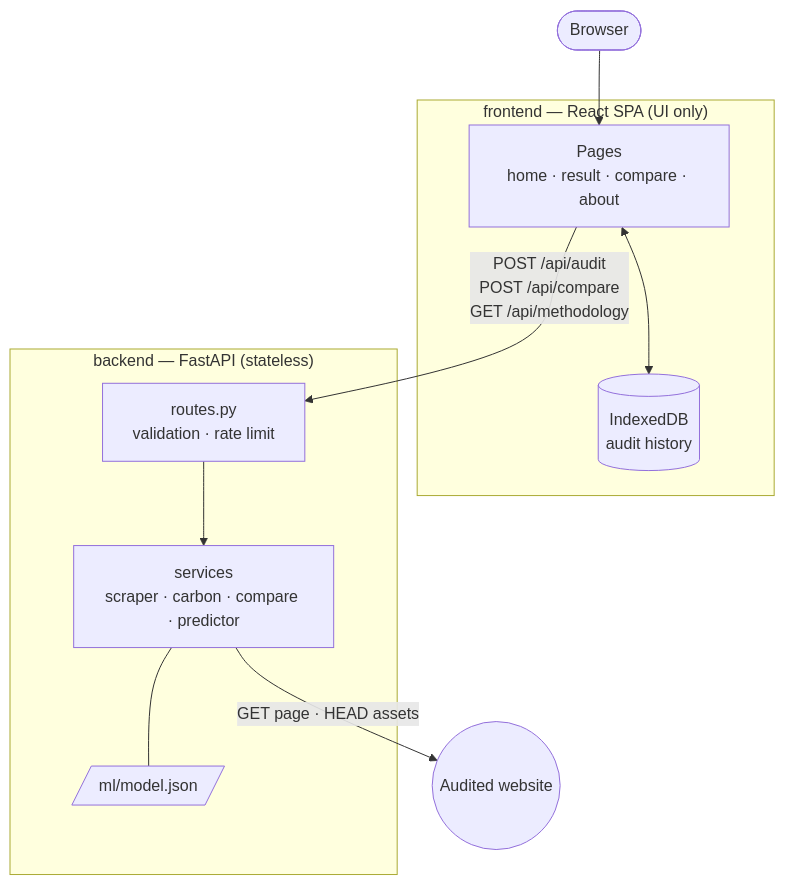
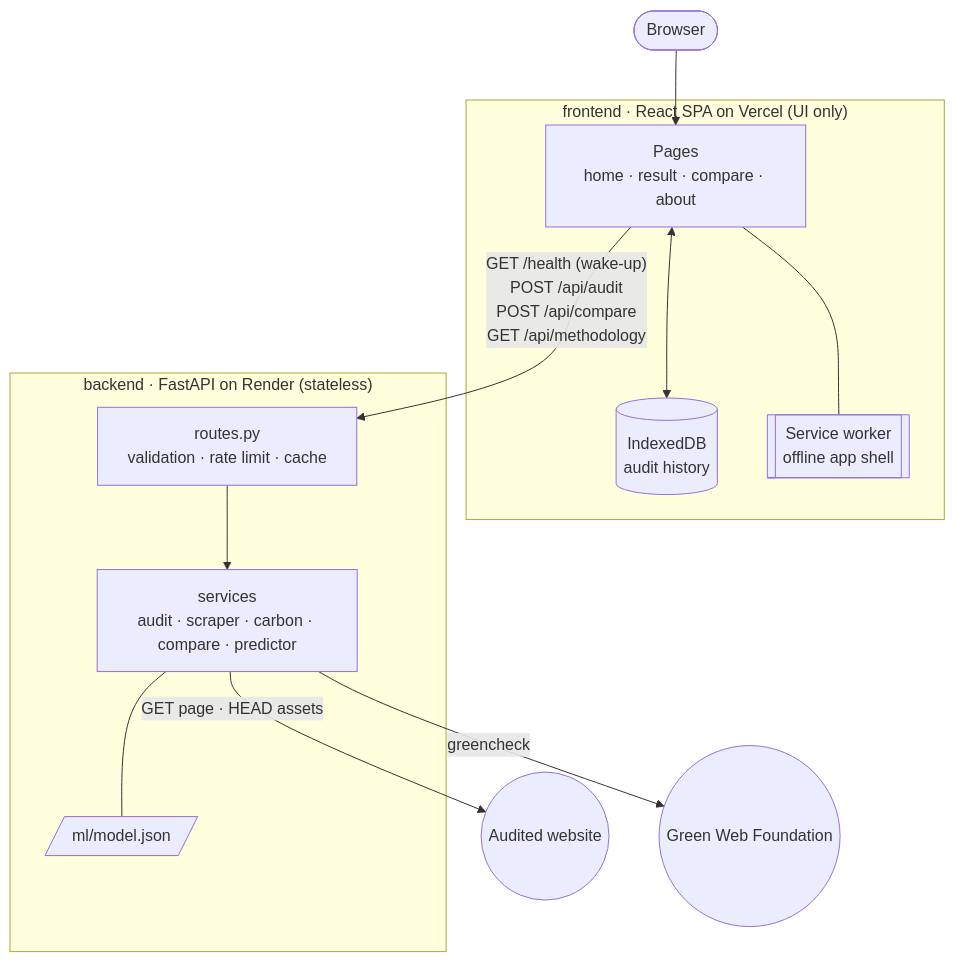
The first of 2 diagrams in README.md (remoshan/eco-web-auditor), drawn with Mermaid before and after one commit. The commit also changed other lines of this file and 5 other files, not shown here.

````diff
--- a/README.md
+++ b/README.md
@@ -76,24 +82,28 @@
 ```mermaid
 graph TB
     User(["Browser"])
 
-    subgraph Frontend["frontend — React SPA (UI only)"]
+    subgraph Frontend["frontend · React SPA on Vercel (UI only)"]
         UI["Pages<br/>home · result · compare · about"]
         IDB[("IndexedDB<br/>audit history")]
+        SW[["Service worker<br/>offline app shell"]]
     end
 
-    subgraph Backend["backend — FastAPI (stateless)"]
-        API["routes.py<br/>validation · rate limit"]
-        SVC["services<br/>scraper · carbon · compare · predictor"]
+    subgraph Backend["backend · FastAPI on Render (stateless)"]
+        API["routes.py<br/>validation · rate limit · cache"]
+        SVC["services<br/>audit · scraper · carbon · compare · predictor"]
         ML[/"ml/model.json"/]
     end
 
     Web(("Audited website"))
+    GWF(("Green Web Foundation"))
 
     User --> UI
     UI <--> IDB
-    UI -->|"POST /api/audit<br/>POST /api/compare<br/>GET /api/methodology"| API
+    UI --- SW
+    UI -->|"GET /health (wake-up)<br/>POST /api/audit<br/>POST /api/compare<br/>GET /api/methodology"| API
     API --> SVC
     SVC --- ML
     SVC -->|"GET page · HEAD assets"| Web
+    SVC -->|"greencheck"| GWF
 ```
````
